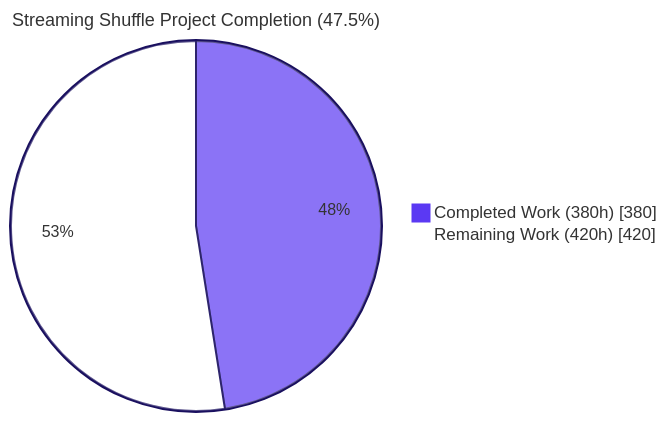
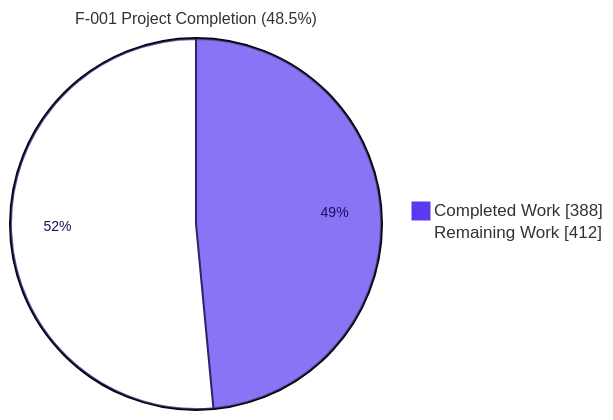
Before and after one commit to Blitzy-Sandbox/blitzy-spark: the first of 5 diagrams in blitzy/documentation/Project Guide.md, drawn with Mermaid. The commit also changed other lines of this file, not shown here.

Commit message:
Adding Blitzy Project Guide: Project Status and Human Tasks Remaining

````diff
--- a/blitzy/documentation/Project Guide.md
+++ b/blitzy/documentation/Project Guide.md
@@ -11,6 +17,6 @@
 ```mermaid
-%%{init: {'theme':'base', 'themeVariables': { 'pie1': '#5B39F3', 'pie2': '#FFFFFF', 'pieStrokeColor': '#1A105F', 'pieStrokeWidth': '2px', 'pieOuterStrokeColor': '#1A105F', 'pieOuterStrokeWidth': '2px', 'pieTitleTextSize': '18px', 'pieSectionTextSize': '16px'}}}%%
-pie showData title Streaming Shuffle Project Completion (47.5%)
-    "Completed Work (380h)" : 380
-    "Remaining Work (420h)" : 420
+%%{init: {'theme':'base', 'themeVariables': { 'pie1': '#5B39F3', 'pie2': '#FFFFFF', 'pieStrokeColor': '#1A105F', 'pieTitleTextSize': '16px', 'pieSectionTextSize': '14px', 'pieSectionTextColor': '#1A105F'}}}%%
+pie showData title F-001 Project Completion (48.5%)
+    "Completed Work" : 388
+    "Remaining Work" : 412
 ```
````
